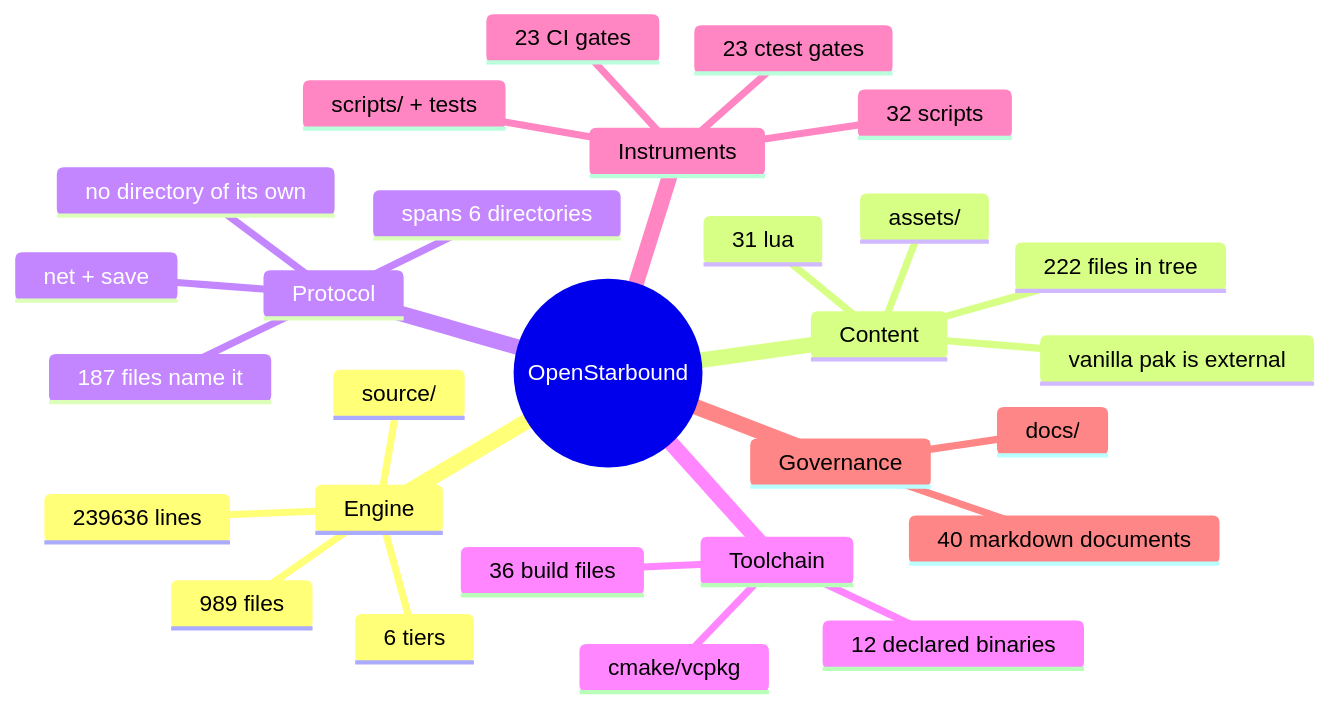
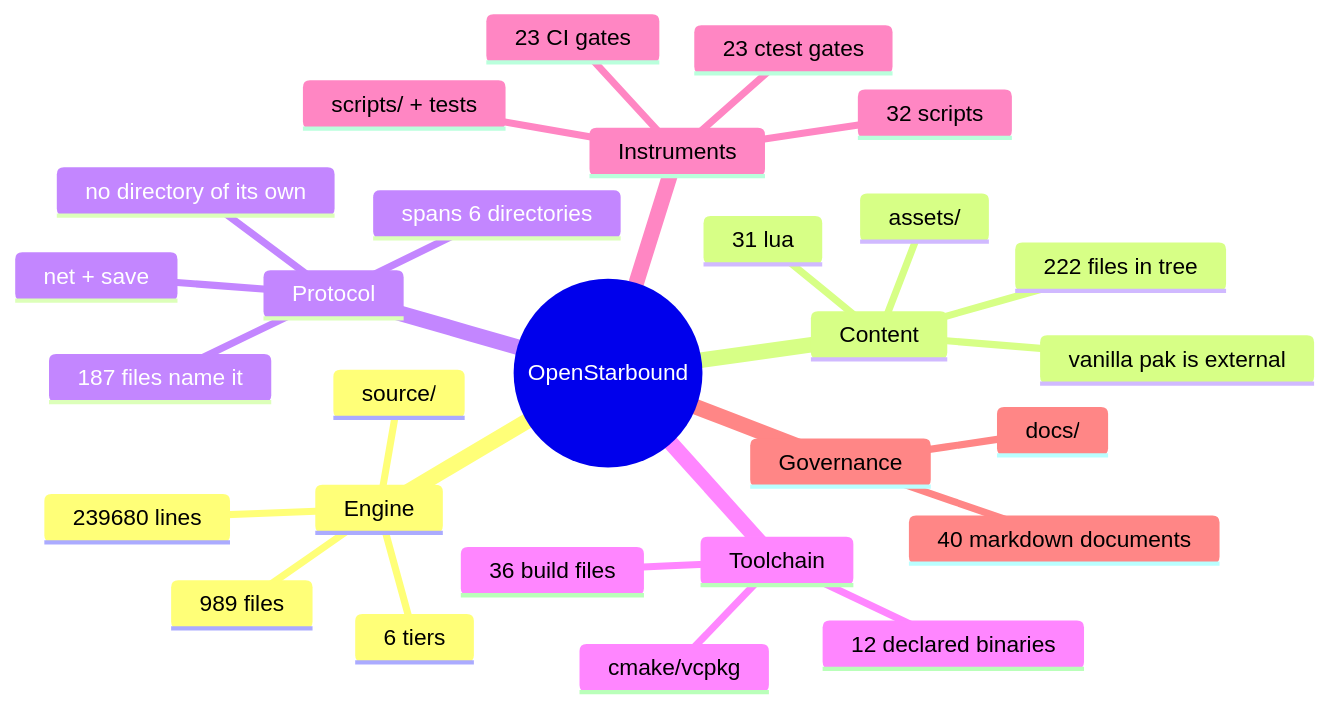
Before and after one commit to apnex/OpenStarbound: the second of 11 diagrams in docs/architecture/system-boundaries.md, drawn with Mermaid. The commit also changed other lines of this file and 5 other files, not shown here.

````diff
--- a/docs/architecture/system-boundaries.md
+++ b/docs/architecture/system-boundaries.md
@@ -166,31 +166,31 @@
 ```mermaid
 mindmap
   root((OpenStarbound))
     Engine
       source/
       989 files
-      239636 lines
+      239680 lines
       6 tiers
     Content
       assets/
       222 files in tree
       31 lua
       vanilla pak is external
     Protocol
       net + save
       187 files name it
       spans 6 directories
       no directory of its own
     Toolchain
       cmake/vcpkg
       36 build files
       12 declared binaries
     Instruments
       scripts/ + tests
       32 scripts
       23 ctest gates
       23 CI gates
     Governance
       docs/
       40 markdown documents
 ```
````
